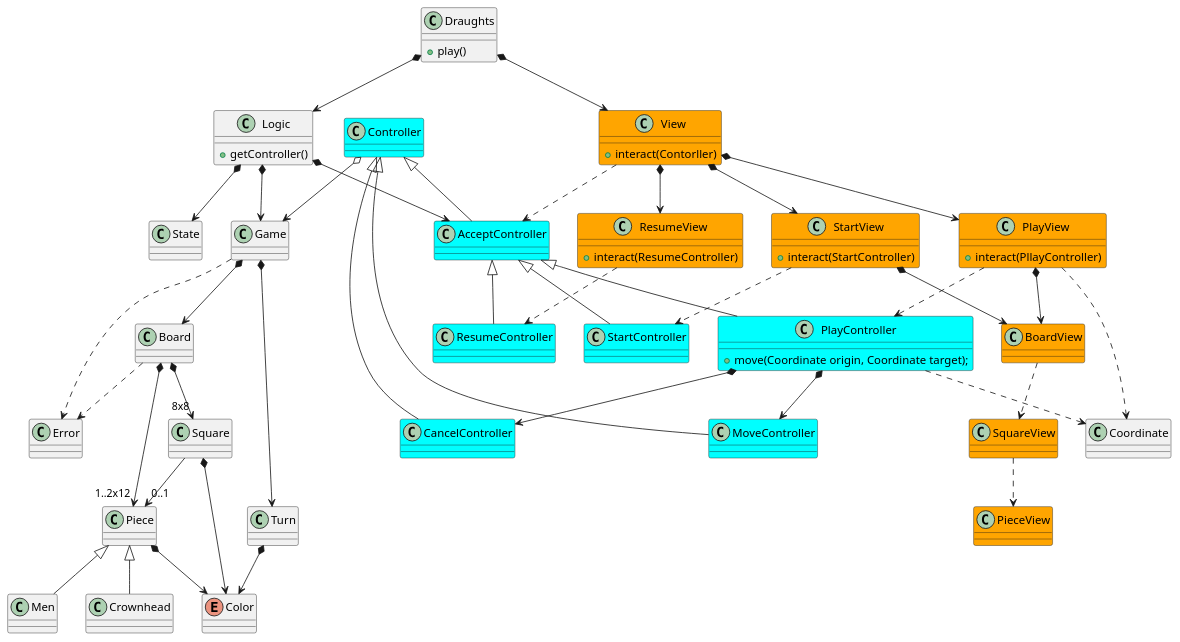
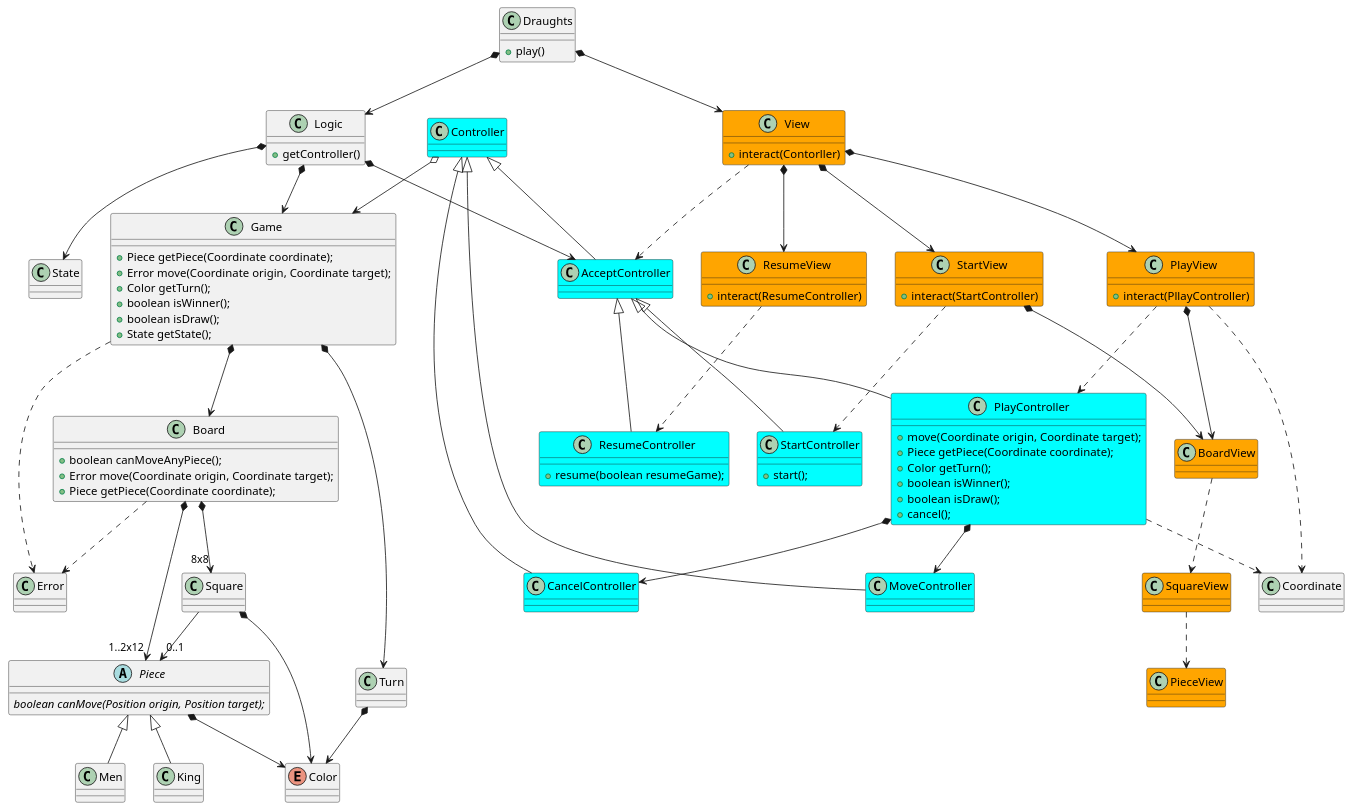
One commit to fjvela/p5-draughts changed the diagram in README.md. Above: the diagram before and after it, drawn with PlantUML. The commit also changed other lines of this file and 22 other files, not shown here.

```diff
--- a/README.md
+++ b/README.md
@@ -74,6 +74,7 @@
 Controller o--> Game
 
 class StartController #cyan {
++ start();
 }
 
 class MoveController #cyan {
@@ -83,10 +84,16 @@
 }
 
 class ResumeController  #cyan{
++ resume(boolean resumeGame);
 }
 
 class PlayController  #cyan{
 + move(Coordinate origin, Coordinate target);
++ Piece getPiece(Coordinate coordinate);
++ Color getTurn();
++ boolean isWinner();
++ boolean isDraw();
++ cancel();
 }
 PlayController ..> Coordinate
 
@@ -100,12 +107,22 @@
 
 
 class Game{
++ Piece getPiece(Coordinate coordinate);
++ Error move(Coordinate origin, Coordinate target);
++ Color getTurn();
++ boolean isWinner();
++ boolean isDraw();
++  State getState();
+
 }
 Game *-down-> Board
 Game *-down-> Turn
 Game ..> Error
 
 class Board{
++ boolean canMoveAnyPiece();
++ Error move(Coordinate origin, Coordinate target);
++ Piece getPiece(Coordinate coordinate);
 }
 Board *-down-> "8x8" Square
 Board *-down-> "1..2x12" Piece
@@ -116,16 +133,17 @@
 Square  --> "0..1" Piece
 Square *--> Color
 
-class Piece{
+abstract class Piece{
+ {abstract} boolean canMove(Position origin, Position target);
 }
 Piece <|-down- Men
-Piece <|-down- Crownhead
+Piece <|-down- King
 Piece *--> Color 
 
 class Men{
 }
 
-class Crownhead{
+class King{
 }
 
 enum Color{
```
